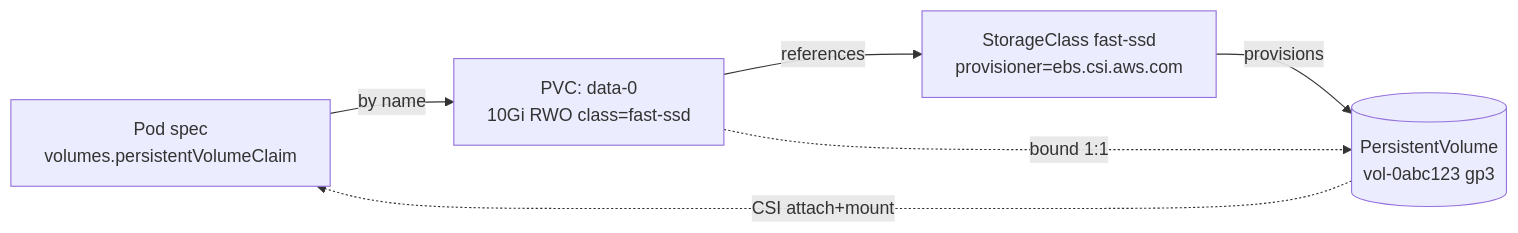
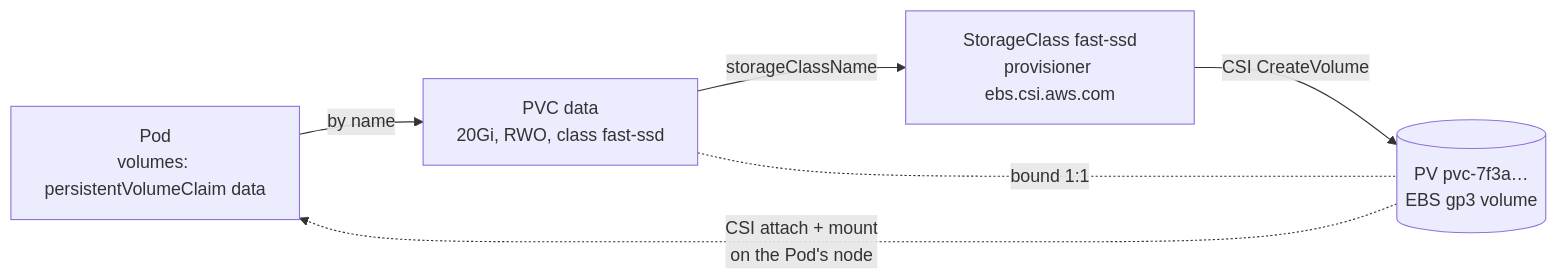
The first of 4 diagrams in github-pages/docs/technology/kubernetes/persistence.md (AndrewAltimit/Documentation), drawn with Mermaid before and after one commit. The commit also changed other lines of this file and 240 other files, not shown here.

````diff
--- a/github-pages/docs/technology/kubernetes/persistence.md
+++ b/github-pages/docs/technology/kubernetes/persistence.md
@@ -29,8 +30,8 @@
 ```mermaid
 flowchart LR
-    Pod[Pod spec<br/>volumes.persistentVolumeClaim] -->|by name| PVC[PVC: data-0<br/>10Gi RWO class=fast-ssd]
-    PVC -->|references| SC[StorageClass fast-ssd<br/>provisioner=ebs.csi.aws.com]
-    SC -->|provisions| PV[(PersistentVolume<br/>vol-0abc123 gp3)]
-    PVC -.bound 1:1.-> PV
-    PV -.CSI attach+mount.-> Pod
+    Pod["Pod<br/>volumes: persistentVolumeClaim data"] -->|by name| PVC["PVC data<br/>20Gi, RWO, class fast-ssd"]
+    PVC -->|storageClassName| SC["StorageClass fast-ssd<br/>provisioner ebs.csi.aws.com"]
+    SC -->|CSI CreateVolume| PV[("PV pvc-7f3a…<br/>EBS gp3 volume")]
+    PVC -.-|bound 1:1| PV
+    PV -.->|"CSI attach + mount<br/>on the Pod's node"| Pod
 ```
````
